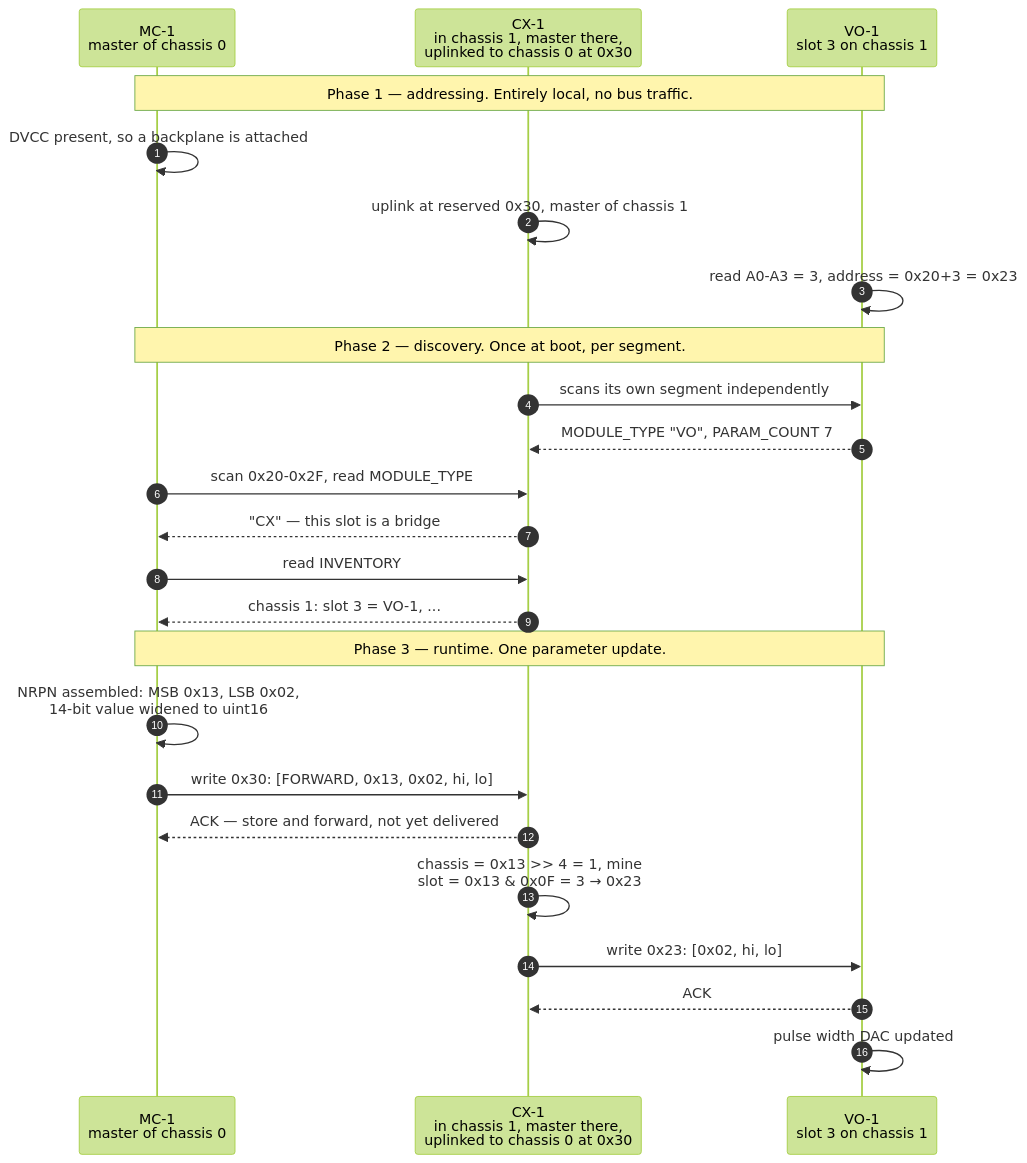
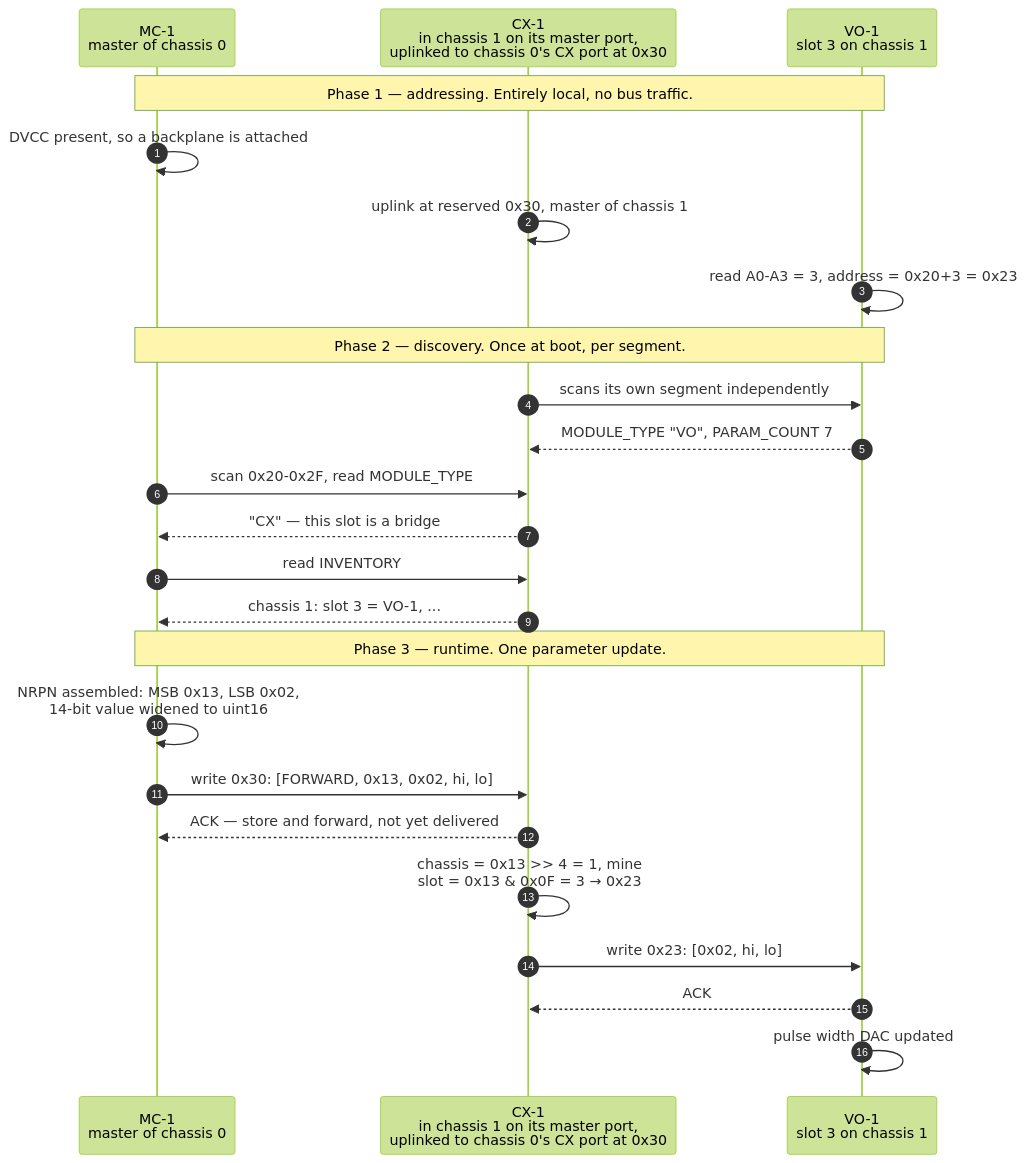
Before and after one commit to rvodden/fluxtron: the second of 3 diagrams in BUS.md, drawn with Mermaid (forest theme). The commit also changed other lines of this file and 1 other file, not shown here.

````diff
--- a/BUS.md
+++ b/BUS.md
@@ -453,29 +470,29 @@
 ```mermaid
 sequenceDiagram
     autonumber
     participant MC1 as MC-1<br/>master of chassis 0
-    participant CX1 as CX-1<br/>in chassis 1, master there,<br/>uplinked to chassis 0 at 0x30
+    participant CX1 as CX-1<br/>in chassis 1 on its master port,<br/>uplinked to chassis 0's CX port at 0x30
     participant VO1 as VO-1<br/>slot 3 on chassis 1
 
     Note over MC1,VO1: Phase 1 — addressing. Entirely local, no bus traffic.
     MC1->>MC1: DVCC present, so a backplane is attached
     CX1->>CX1: uplink at reserved 0x30, master of chassis 1
     VO1->>VO1: read A0-A3 = 3, address = 0x20+3 = 0x23
 
     Note over MC1,VO1: Phase 2 — discovery. Once at boot, per segment.
     CX1->>VO1: scans its own segment independently
     VO1-->>CX1: MODULE_TYPE "VO", PARAM_COUNT 7
     MC1->>CX1: scan 0x20-0x2F, read MODULE_TYPE
     CX1-->>MC1: "CX" — this slot is a bridge
     MC1->>CX1: read INVENTORY
     CX1-->>MC1: chassis 1: slot 3 = VO-1, ...
 
     Note over MC1,VO1: Phase 3 — runtime. One parameter update.
     MC1->>MC1: NRPN assembled: MSB 0x13, LSB 0x02,<br/>14-bit value widened to uint16
     MC1->>CX1: write 0x30: [FORWARD, 0x13, 0x02, hi, lo]
     CX1-->>MC1: ACK — store and forward, not yet delivered
     CX1->>CX1: chassis = 0x13 >> 4 = 1, mine<br/>slot = 0x13 & 0x0F = 3 → 0x23
     CX1->>VO1: write 0x23: [0x02, hi, lo]
     VO1-->>CX1: ACK
     VO1->>VO1: pulse width DAC updated
 ```
````
